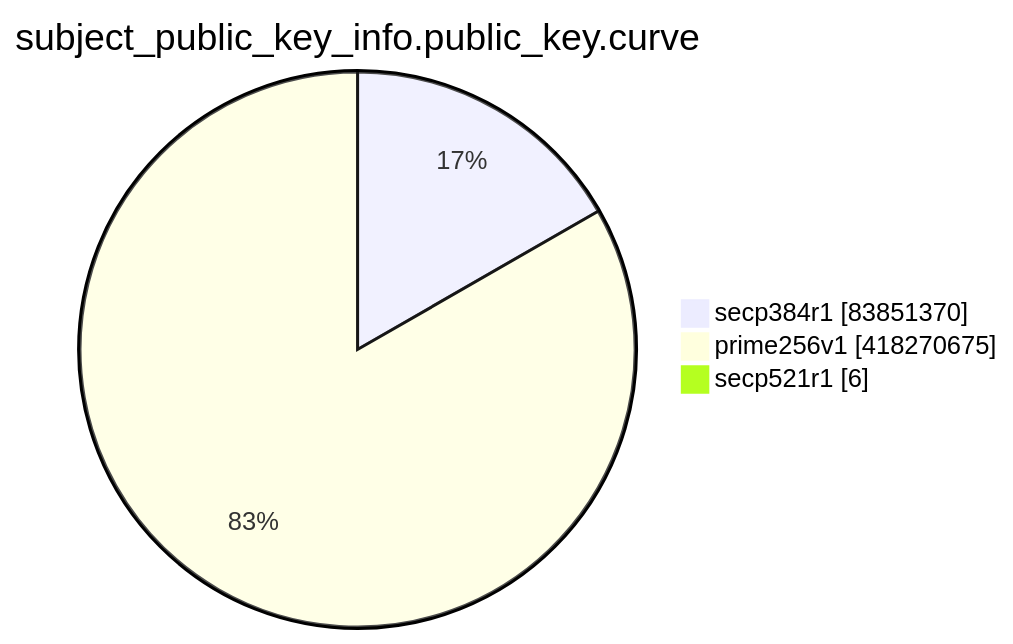
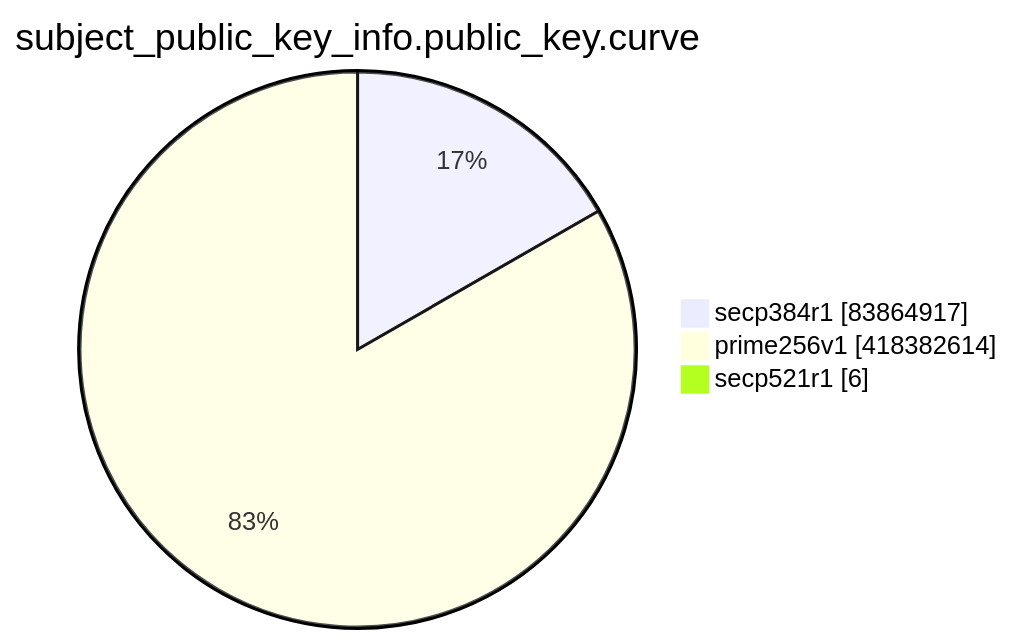
Before and after one commit to christiankrug/ctmonitor_visualization: the eighth of 15 diagrams in TOTAL/README.md, drawn with Mermaid. The commit also changed other lines of this file, not shown here.

````diff
--- a/TOTAL/README.md
+++ b/TOTAL/README.md
@@ -3098,7 +3098,7 @@
 ```mermaid
 pie showData
 title subject_public_key_info.public_key.curve
-"secp384r1" :83851370
-"prime256v1" :418270675
+"secp384r1" :83864917
+"prime256v1" :418382614
 "secp521r1" :6
 ```
````
